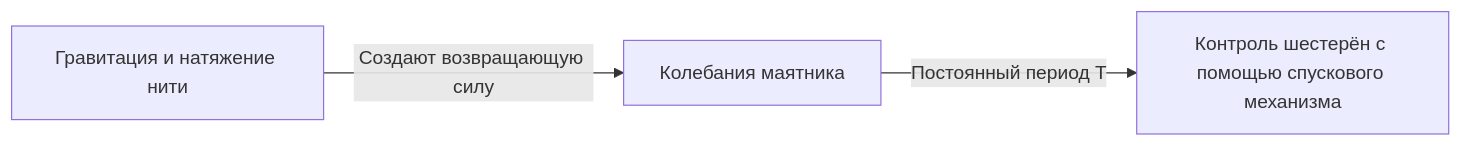
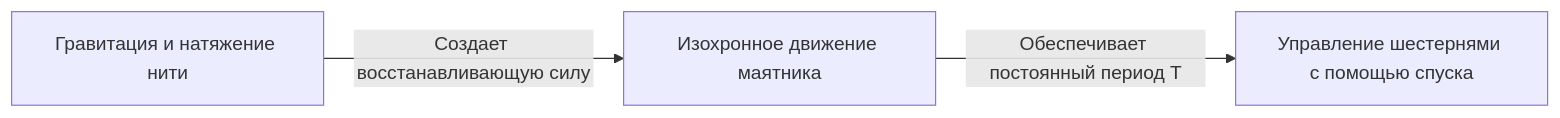
Before and after one commit to kenjinote/blog: the second of 3 diagrams in content/post/history-of-timekeeping-technology/index.ru.md, drawn with Mermaid. The commit also changed other lines of this file and 129 other files, not shown here.

````diff
--- a/content/post/history-of-timekeeping-technology/index.ru.md
+++ b/content/post/history-of-timekeeping-technology/index.ru.md
@@ -36,5 +41,5 @@
 ```mermaid
 graph LR
-    A["Гравитация и натяжение нити"] -- "Создают возвращающую силу" --> B["Колебания маятника"]
-    B -- "Постоянный период T" --> C["Контроль шестерён с помощью спускового механизма"]
+    A["Гравитация и натяжение нити"] -- "Создает восстанавливающую силу" --> B["Изохронное движение маятника"]
+    B -- "Обеспечивает постоянный период T" --> C["Управление шестернями с помощью спуска"]
 ```
````
